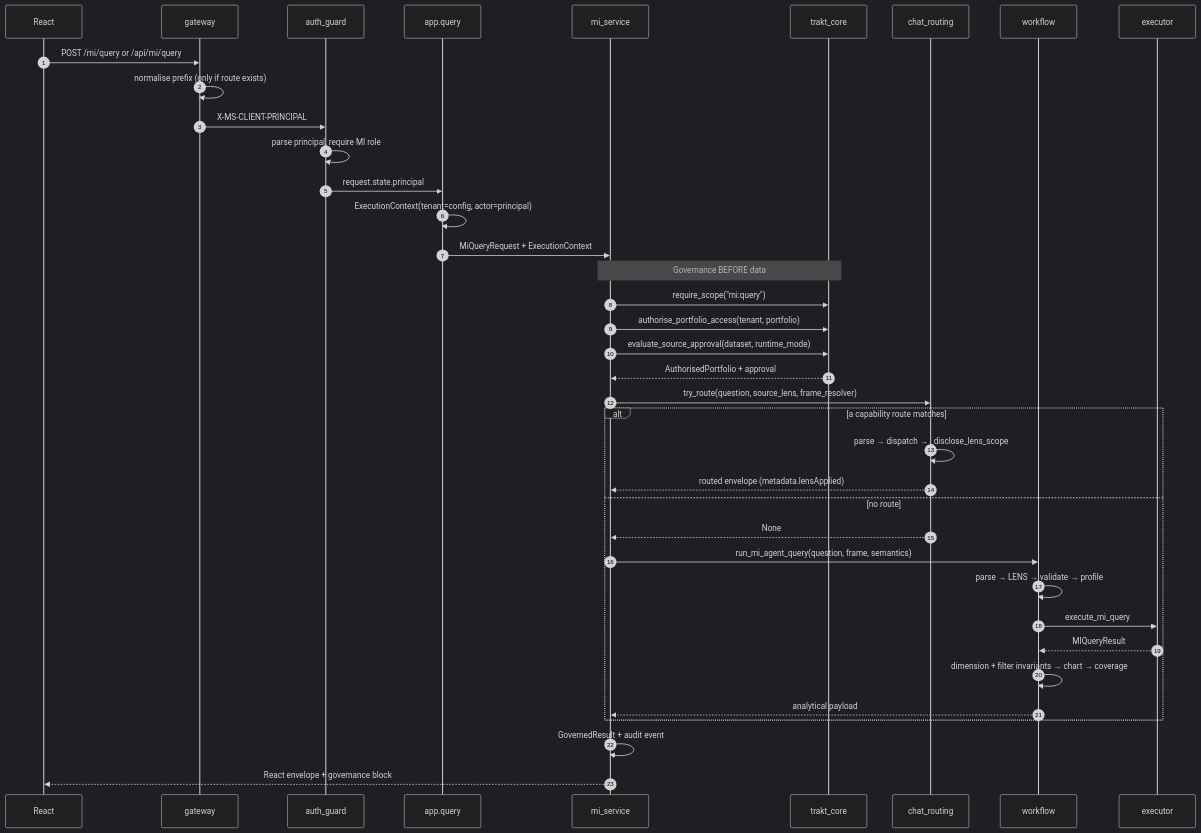
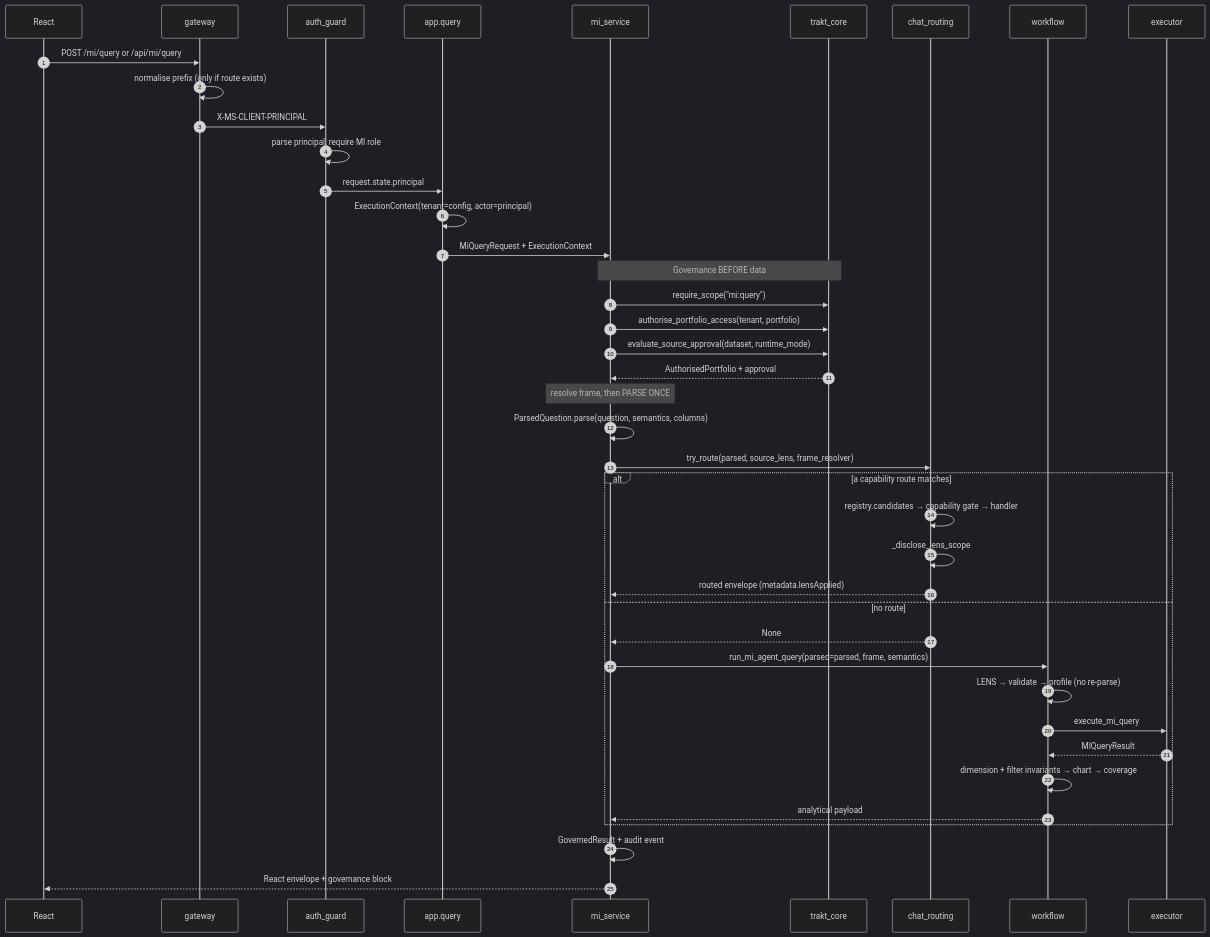
Before and after one commit to joshua1602-svg/trakt: the second of 8 diagrams in docs/mi_query_agent_architecture.md, drawn with Mermaid (dark theme). The commit also changed other lines of this file and 9 other files, not shown here.

````diff
--- a/docs/mi_query_agent_architecture.md
+++ b/docs/mi_query_agent_architecture.md
@@ -119,43 +123,46 @@
 ```mermaid
 sequenceDiagram
   autonumber
   participant R as React
   participant G as gateway
   participant A as auth_guard
   participant P as app.query
   participant S as mi_service
   participant T as trakt_core
   participant C as chat_routing
   participant W as workflow
   participant X as executor
 
   R->>G: POST /mi/query or /api/mi/query
   G->>G: normalise prefix (only if route exists)
   G->>A: X-MS-CLIENT-PRINCIPAL
   A->>A: parse principal, require MI role
   A->>P: request.state.principal
   P->>P: ExecutionContext(tenant=config, actor=principal)
   P->>S: MiQueryRequest + ExecutionContext
 
   Note over S,T: Governance BEFORE data
   S->>T: require_scope("mi:query")
   S->>T: authorise_portfolio_access(tenant, portfolio)
   S->>T: evaluate_source_approval(dataset, runtime_mode)
   T-->>S: AuthorisedPortfolio + approval
 
-  S->>C: try_route(question, source_lens, frame_resolver)
+  Note over S: resolve frame, then PARSE ONCE
+  S->>S: ParsedQuestion.parse(question, semantics, columns)
+  S->>C: try_route(parsed, source_lens, frame_resolver)
   alt a capability route matches
-    C->>C: parse → dispatch → _disclose_lens_scope
+    C->>C: registry.candidates → capability gate → handler
+    C->>C: _disclose_lens_scope
     C-->>S: routed envelope (metadata.lensApplied)
   else no route
     C-->>S: None
-    S->>W: run_mi_agent_query(question, frame, semantics)
-    W->>W: parse → LENS → validate → profile
+    S->>W: run_mi_agent_query(parsed=parsed, frame, semantics)
+    W->>W: LENS → validate → profile (no re-parse)
     W->>X: execute_mi_query
     X-->>W: MIQueryResult
     W->>W: dimension + filter invariants → chart → coverage
     W-->>S: analytical payload
   end
   S->>S: GovernedResult + audit event
   S-->>R: React envelope + governance block
 ```
````
